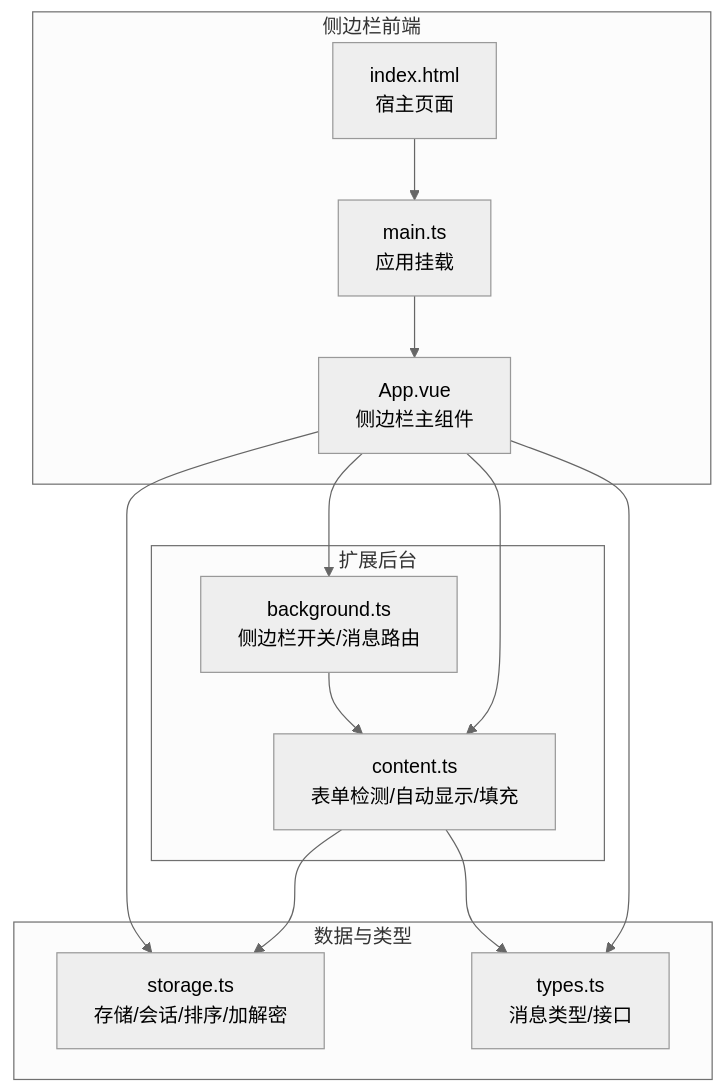
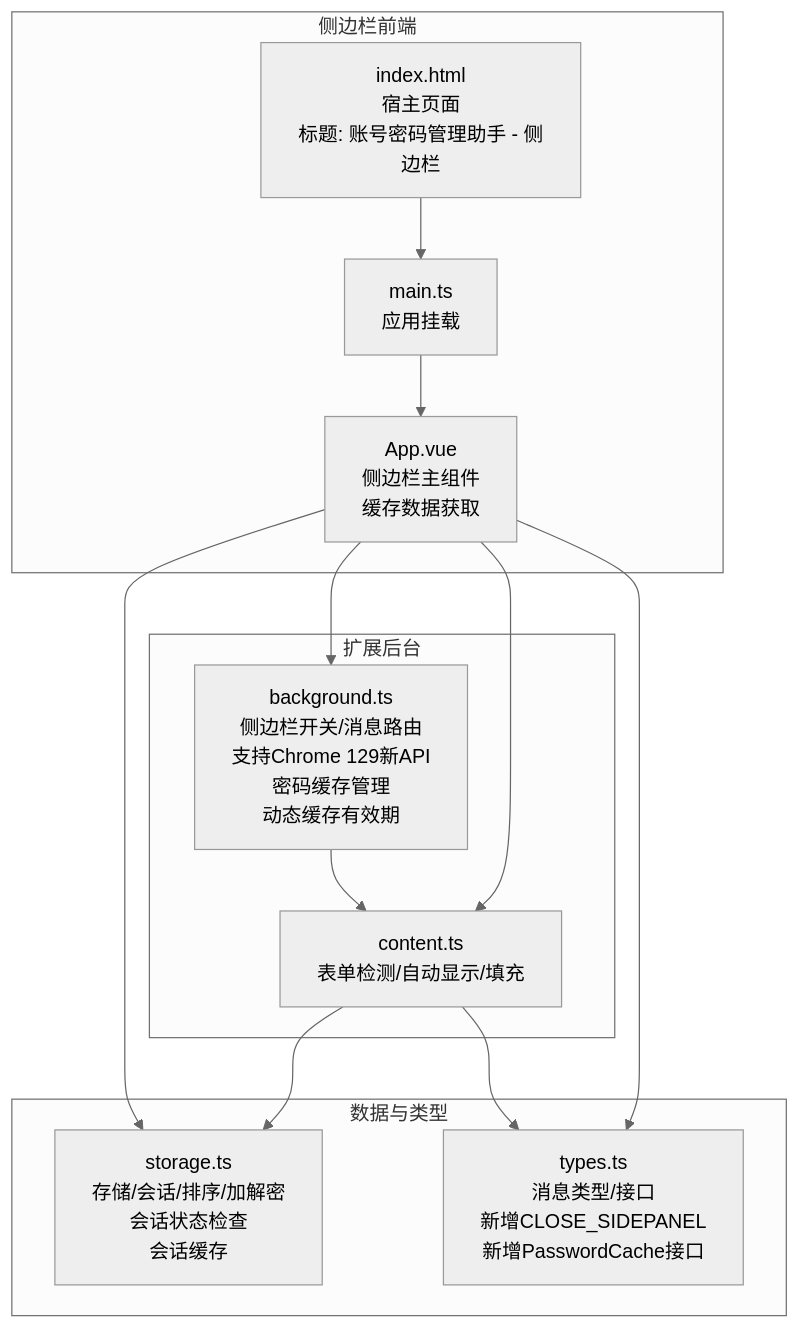
One commit to liaolongdong/account-password-helper changed the first of 8 diagrams in .qoder/repowiki/zh/content/扩展入口点/Side Panel Interface.md. Above: the diagram before and after it, drawn with Mermaid (neutral theme). The commit also changed other lines of this file and 23 other files, not shown here.

````diff
--- a/.qoder/repowiki/zh/content/扩展入口点/Side Panel Interface.md
+++ b/.qoder/repowiki/zh/content/扩展入口点/Side Panel Interface.md
@@ -42,25 +59,25 @@
 ```mermaid
 graph TB
 subgraph "侧边栏前端"
-SP_App["App.vue<br/>侧边栏主组件"]
+SP_App["App.vue<br/>侧边栏主组件<br/>缓存数据获取"]
 SP_Main["main.ts<br/>应用挂载"]
-SP_HTML["index.html<br/>宿主页面"]
+SP_HTML["index.html<br/>宿主页面<br/>标题: 账号密码管理助手 - 侧边栏"]
 end
 subgraph "扩展后台"
-BG["background.ts<br/>侧边栏开关/消息路由"]
+BG["background.ts<br/>侧边栏开关/消息路由<br/>支持Chrome 129新API<br/>密码缓存管理<br/>动态缓存有效期"]
 CT["content.ts<br/>表单检测/自动显示/填充"]
 end
 subgraph "数据与类型"
-ST["storage.ts<br/>存储/会话/排序/加解密"]
-TY["types.ts<br/>消息类型/接口"]
+ST["storage.ts<br/>存储/会话/排序/加解密<br/>会话状态检查<br/>会话缓存"]
+TY["types.ts<br/>消息类型/接口<br/>新增CLOSE_SIDEPANEL<br/>新增PasswordCache接口"]
 end
 SP_App --> ST
 SP_App --> BG
 SP_App --> CT
 SP_Main --> SP_App
 SP_HTML --> SP_Main
 BG --> CT
 CT --> ST
 SP_App --> TY
 CT --> TY
 ```
````
